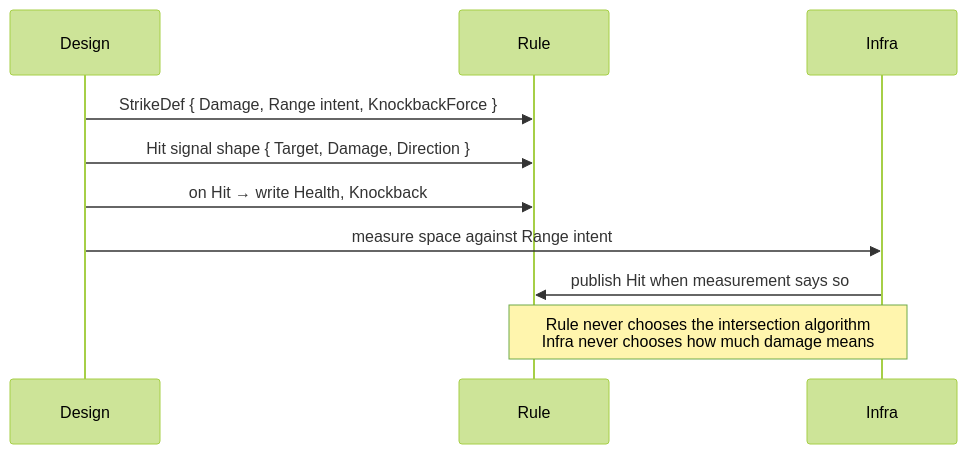
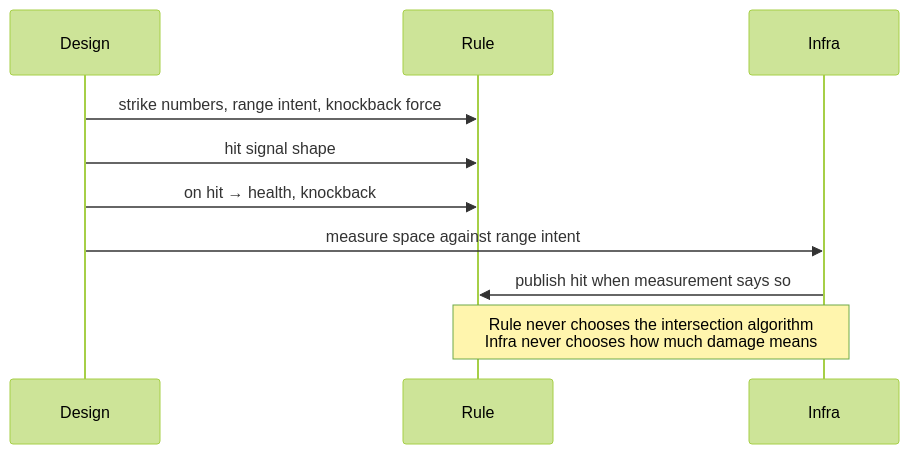
The first of 4 diagrams in src/content/articles/another-way-to-think-about-game-architecture.md (fm39hz/fm39hz-blogs), drawn with Mermaid (forest theme) before and after one commit. The commit also changed other lines of this file, not shown here.

````diff
--- a/src/content/articles/another-way-to-think-about-game-architecture.md
+++ b/src/content/articles/another-way-to-think-about-game-architecture.md
@@ -60,15 +71,15 @@
 ```mermaid
 sequenceDiagram
     participant Design
     participant Rule
     participant Infra
 
-    Design->>Rule: StrikeDef { Damage, Range intent, KnockbackForce }
-    Design->>Rule: Hit signal shape { Target, Damage, Direction }
-    Design->>Rule: on Hit → write Health, Knockback
+    Design->>Rule: strike numbers, range intent, knockback force
+    Design->>Rule: hit signal shape
+    Design->>Rule: on hit → health, knockback
 
-    Design->>Infra: measure space against Range intent
-    Infra->>Rule: publish Hit when measurement says so
+    Design->>Infra: measure space against range intent
+    Infra->>Rule: publish hit when measurement says so
 
     Note over Rule,Infra: Rule never chooses the intersection algorithm<br/>Infra never chooses how much damage means
 ```
````
